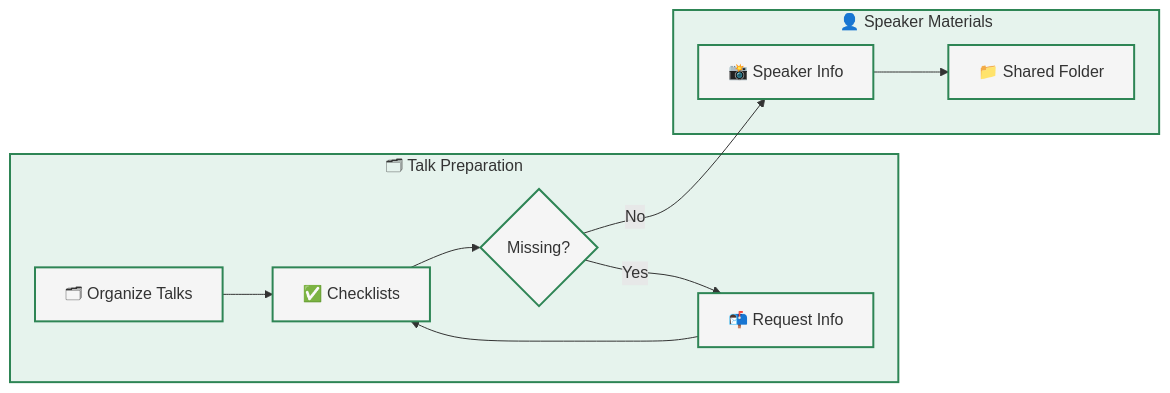
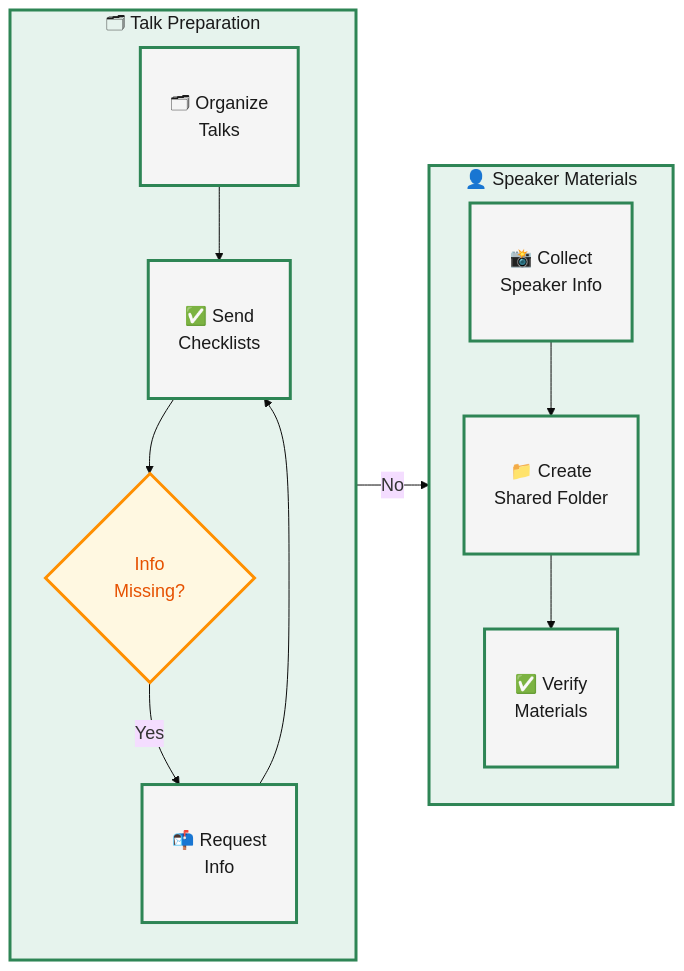
Before and after one commit to CBID2/VC-Community-Docs: the third of 5 diagrams in docs/lightning-talks/processes/project-workflow.md, drawn with Mermaid. The commit also changed other lines of this file and 2 other files, not shown here.

First line of the commit message:
docs: add enhanced Mermaid diagrams to documentation

`````diff
--- a/docs/lightning-talks/processes/project-workflow.md
+++ b/docs/lightning-talks/processes/project-workflow.md
@@ -102,23 +112,33 @@
 ```mermaid
+%%{init: {'theme':'base', 'themeVariables': {'fontSize':'18px', 'fontFamily':'arial'}}}%%
 flowchart LR
   %% Left Column - Talk Organization
-  subgraph A[🗂 Talk Preparation]
-    A1[🗂 Organize Talks] --> A2[✅ Checklists]
-    A2 --> A3{Missing?}
-    A3 -- Yes --> A4[📬 Request Info]
-    A4 --> A2
+  subgraph A["🗂 Talk Preparation"]
+    direction TB
+    A1["🗂 Organize<br/>Talks"]
+    A2["✅ Send<br/>Checklists"]
+    A3{"Info<br/>Missing?"}
+    A4["📬 Request<br/>Info"]
+    A1 --> A2 --> A3
+    A3 -- Yes --> A4 --> A2
   end
 
   %% Right Column - Speaker Materials
-  subgraph B[👤 Speaker Materials]
-    B1[📸 Speaker Info] --> B2[📁 Shared Folder]
+  subgraph B["👤 Speaker Materials"]
+    direction TB
+    B1["📸 Collect<br/>Speaker Info"]
+    B2["📁 Create<br/>Shared Folder"]
+    B3["✅ Verify<br/>Materials"]
+    B1 --> B2 --> B3
   end
 
   %% Flow between columns
   A3 -- No --> B1
 
   %% Styling
-  classDef default fill:#f5f5f5,stroke:#2e8555,stroke-width:2px,color:#333;
-  classDef process fill:#e6f3ed,stroke:#2e8555,stroke-width:2px,color:#333;
+  classDef default fill:#f5f5f5,stroke:#2e8555,stroke-width:3px,color:#1a1a1a,padding:15px;
+  classDef process fill:#e6f3ed,stroke:#2e8555,stroke-width:3px,color:#1a1a1a;
+  classDef decision fill:#fff8e1,stroke:#ff8f00,stroke-width:3px,color:#e65100;
   class A,B process;
-````
+  class A3 decision;
+```
`````
